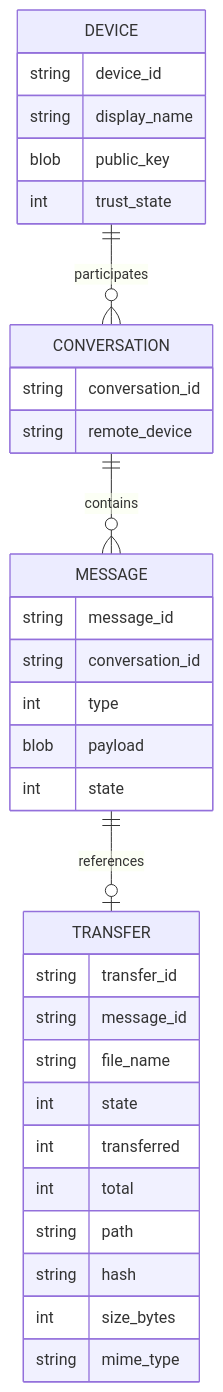
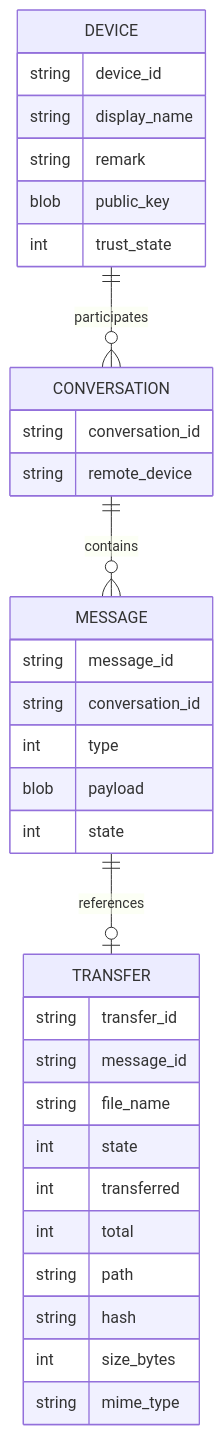
Before and after one commit to Linductor-alkaid/Aki: the third of 4 diagrams in docs/design/aki_design.md, drawn with Mermaid. The commit also changed other lines of this file and 58 other files, not shown here.

````diff
--- a/docs/design/aki_design.md
+++ b/docs/design/aki_design.md
@@ -1079,39 +1089,40 @@
 ``` mermaid
 erDiagram
     DEVICE ||--o{ CONVERSATION : participates
     CONVERSATION ||--o{ MESSAGE : contains
     MESSAGE ||--o| TRANSFER : references
 
     DEVICE {
         string device_id
         string display_name
+        string remark
         blob public_key
         int trust_state
     }
 
     CONVERSATION {
         string conversation_id
         string remote_device
     }
 
     MESSAGE {
         string message_id
         string conversation_id
         int type
         blob payload
         int state
     }
 
     TRANSFER {
         string transfer_id
         string message_id
         string file_name
         int state
         int transferred
         int total
         string path
         string hash
         int size_bytes
         string mime_type
     }
 ```
````
